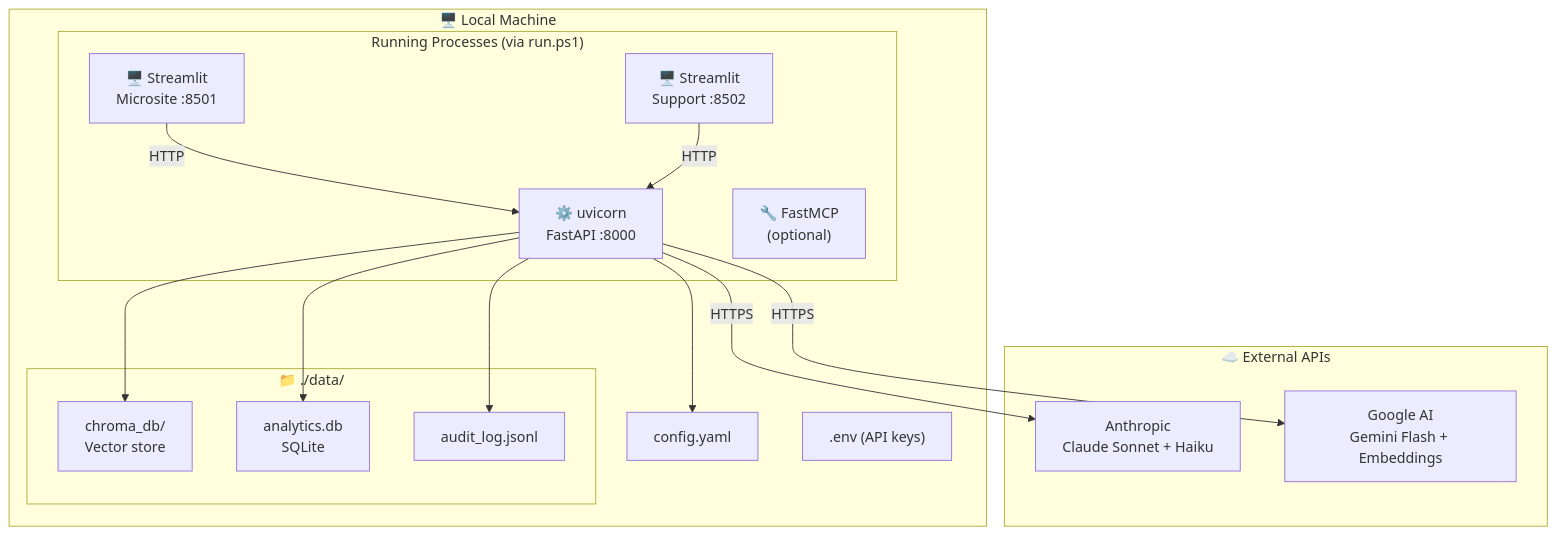
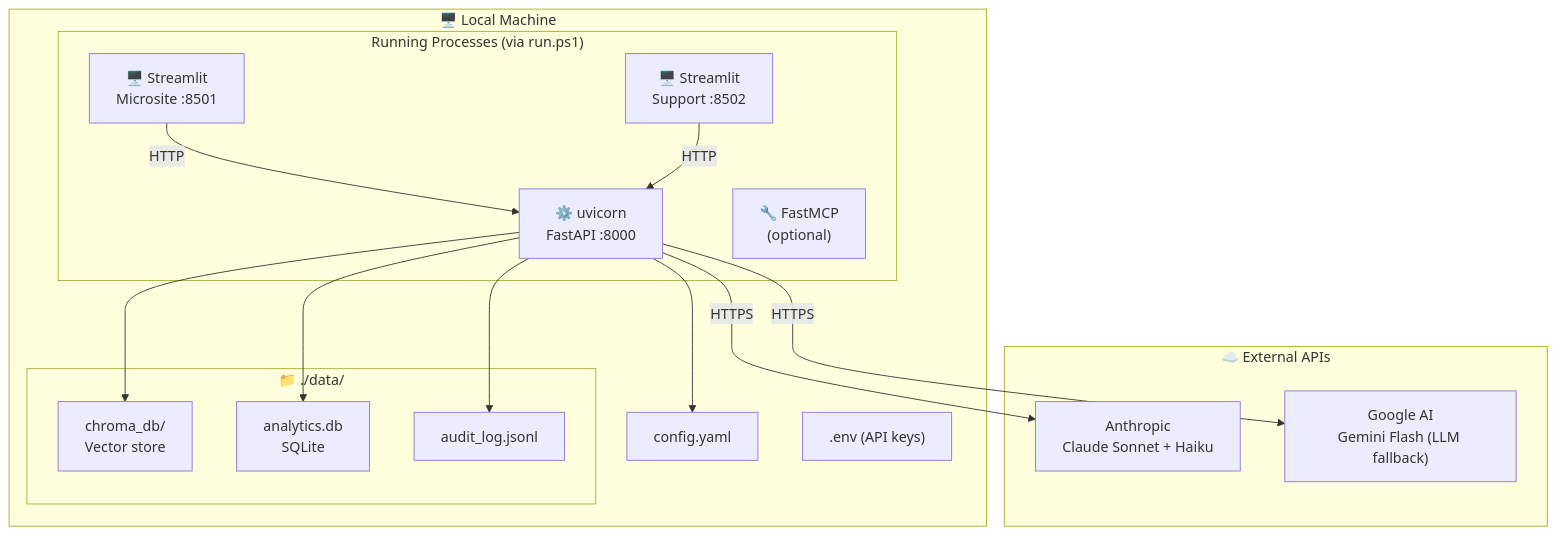
Before and after one commit to rajrkdev/ai-lab: the ninth of 11 diagrams in prd/docs/ARCHITECTURE.md, drawn with Mermaid. The commit also changed other lines of this file and 26 other files, not shown here.

First line of the commit message:
feat: replace Gemini embeddings with local all-MiniLM-L6-v2 (sentence-transformers)

````diff
--- a/prd/docs/ARCHITECTURE.md
+++ b/prd/docs/ARCHITECTURE.md
@@ -588,34 +583,34 @@
 ```mermaid
 graph TB
     subgraph Server["🖥️ Local Machine"]
         subgraph Processes["Running Processes (via run.ps1)"]
             P1["⚙️ uvicorn<br/>FastAPI :8000"]
             P2["🖥️ Streamlit<br/>Microsite :8501"]
             P3["🖥️ Streamlit<br/>Support :8502"]
             P4["🔧 FastMCP<br/>(optional)"]
         end
 
         subgraph Storage["📁 ./data/"]
             S1["chroma_db/<br/>Vector store"]
             S2["analytics.db<br/>SQLite"]
             S3["audit_log.jsonl"]
         end
 
         CF["config.yaml"]
         ENV[".env (API keys)"]
     end
 
     subgraph Cloud["☁️ External APIs"]
         A["Anthropic<br/>Claude Sonnet + Haiku"]
-        G["Google AI<br/>Gemini Flash + Embeddings"]
+        G["Google AI<br/>Gemini Flash (LLM fallback)"]
     end
 
     P2 -->|HTTP| P1
     P3 -->|HTTP| P1
     P1 --> S1
     P1 --> S2
     P1 --> S3
     P1 --> CF
     P1 -->|HTTPS| A
     P1 -->|HTTPS| G
 ```
````
